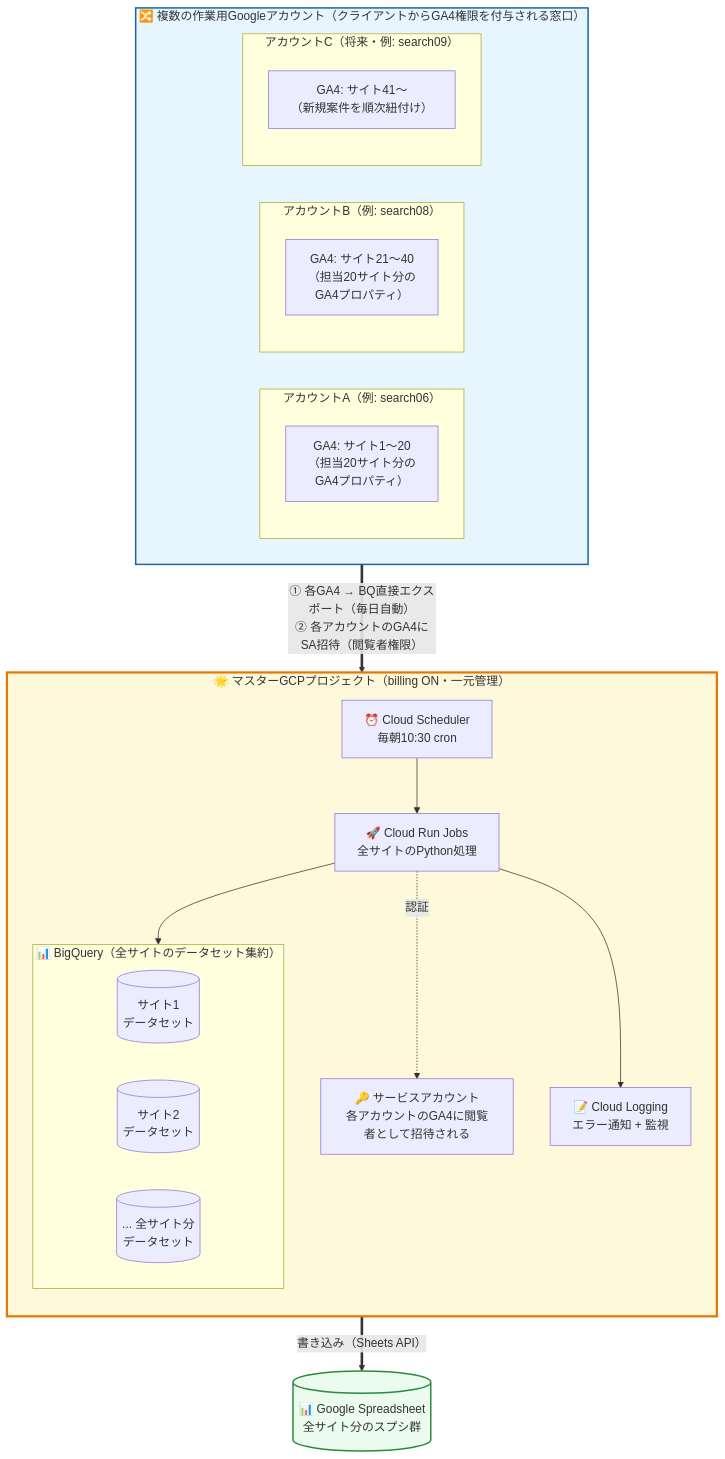
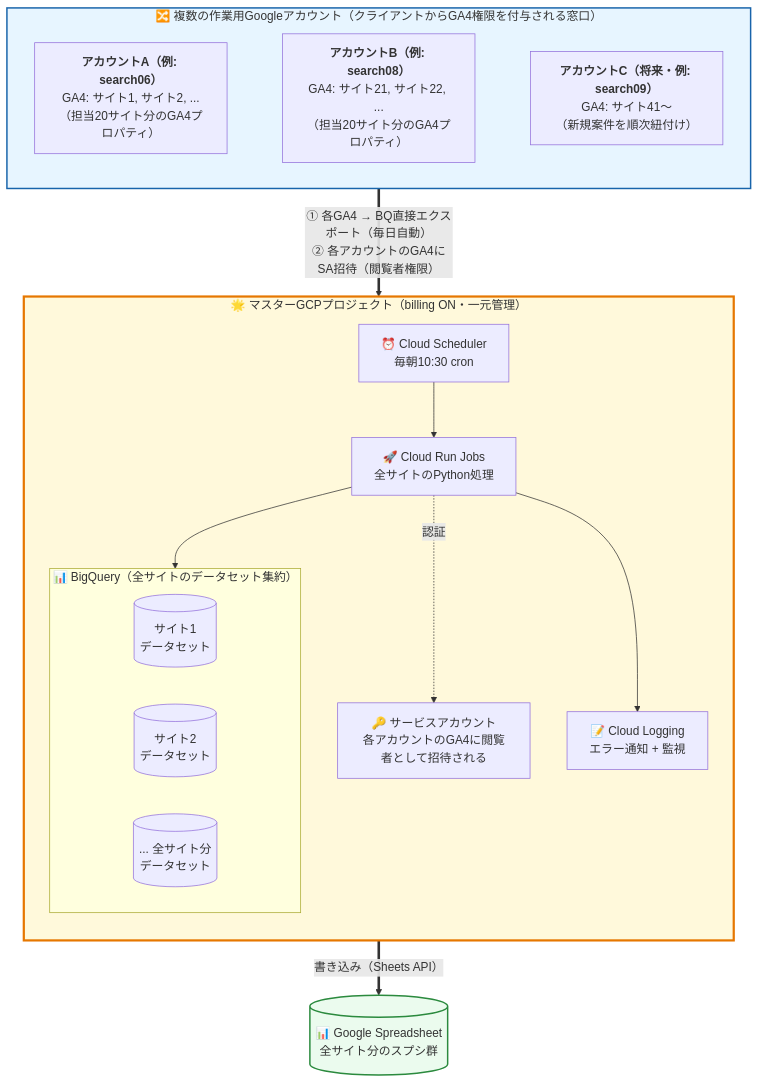
Before and after one commit to itakura-t-hue/claude: the sixth of 8 diagrams in tools/seo-dashboard/setup_guide_generic.md, drawn with Mermaid.

Commit message:
setup_guide_generic: D-2図でAccounts内のアカウントA/B/C順序と横並びを修正
前回版はネスト subgraph が Mermaid の direction LR を尊重せず、
アカウントA/B/C が縦並びかつC→B→A逆順で描画されていた。
修正: ネスト subgraph をシンプルノード(multiline)に置き換え、
A ~~~ B ~~~ C のinvisible edgeで横順序を強制。
これでAccounts内は左からA/B/C横並びで描画される。

````diff
--- a/tools/seo-dashboard/setup_guide_generic.md
+++ b/tools/seo-dashboard/setup_guide_generic.md
@@ -1024,43 +1024,38 @@
 ```mermaid
 flowchart TB
     subgraph Accounts["🔀 複数の作業用Googleアカウント（クライアントからGA4権限を付与される窓口）"]
         direction LR
-        subgraph AcctA["アカウントA（例: search06）"]
-            GA4_A["GA4: サイト1〜20<br/>（担当20サイト分の<br/>GA4プロパティ）"]
-        end
-        subgraph AcctB["アカウントB（例: search08）"]
-            GA4_B["GA4: サイト21〜40<br/>（担当20サイト分の<br/>GA4プロパティ）"]
-        end
-        subgraph AcctC["アカウントC（将来・例: search09）"]
-            GA4_C["GA4: サイト41〜<br/>（新規案件を順次紐付け）"]
-        end
+        AcctA["<b>アカウントA（例: search06）</b><br/>GA4: サイト1, サイト2, ...<br/>（担当20サイト分のGA4プロパティ）"]
+        AcctB["<b>アカウントB（例: search08）</b><br/>GA4: サイト21, サイト22, ...<br/>（担当20サイト分のGA4プロパティ）"]
+        AcctC["<b>アカウントC（将来・例: search09）</b><br/>GA4: サイト41〜<br/>（新規案件を順次紐付け）"]
+        AcctA ~~~ AcctB ~~~ AcctC
     end
 
     subgraph Master["🌟 マスターGCPプロジェクト（billing ON・一元管理）"]
         direction TB
         MSCHED["⏰ Cloud Scheduler<br/>毎朝10:30 cron"]
         MCR["🚀 Cloud Run Jobs<br/>全サイトのPython処理"]
         MSA["🔑 サービスアカウント<br/>各アカウントのGA4に閲覧者として招待される"]
         subgraph MBQ["📊 BigQuery（全サイトのデータセット集約）"]
             direction LR
             DS1[(サイト1<br/>データセット)]
             DS2[(サイト2<br/>データセット)]
             DSN[(... 全サイト分<br/>データセット)]
         end
         MLOG["📝 Cloud Logging<br/>エラー通知 + 監視"]
 
         MSCHED --> MCR
         MCR -. "認証" .-> MSA
         MCR --> MBQ
         MCR --> MLOG
     end
 
     SHEET[("📊 Google Spreadsheet<br/>全サイト分のスプシ群")]
 
     Accounts == "① 各GA4 → BQ直接エクスポート（毎日自動）<br/>② 各アカウントのGA4にSA招待（閲覧者権限）" ==> Master
     Master == "書き込み（Sheets API）" ==> SHEET
 
     style Master fill:#fff9db,stroke:#e67700,stroke-width:3px
     style Accounts fill:#e7f5ff,stroke:#1864ab,stroke-width:2px
     style SHEET fill:#ebfbee,stroke:#2b8a3e,stroke-width:2px
 ```
````
